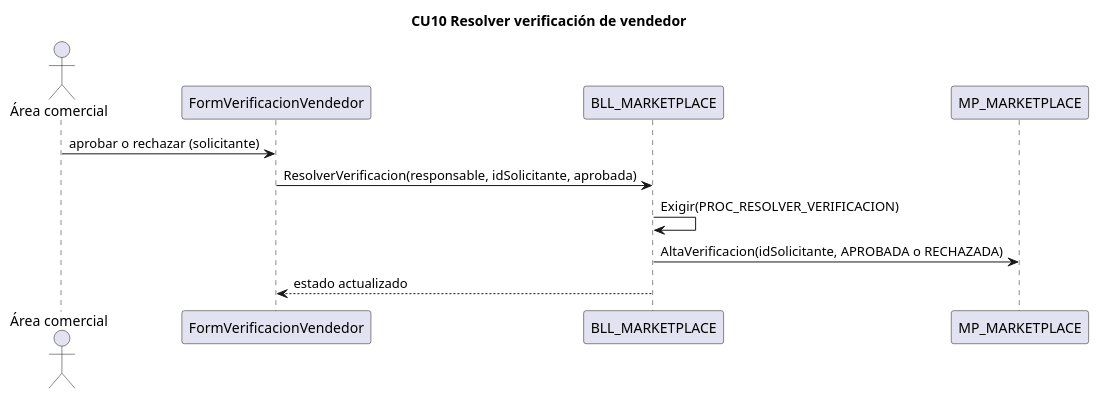
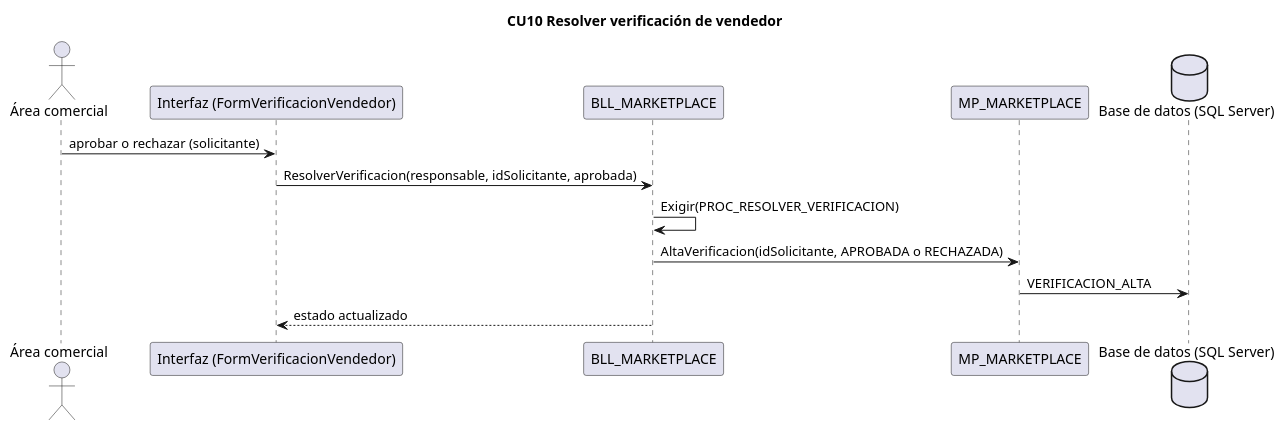
One commit to L-Muniz/uai-diploma_2026 changed the diagram in docs/diagramas/secuencias/CU10_resolver_verificacion.puml. Above: the diagram before and after it, drawn with PlantUML. The commit also changed 36 other files, not shown here.

Commit message:
Docs: secuencias con capa de interfaz y base de datos; imágenes del Word limitadas a la hoja

```diff
--- a/docs/diagramas/secuencias/CU10_resolver_verificacion.puml
+++ b/docs/diagramas/secuencias/CU10_resolver_verificacion.puml
@@ -1,12 +1,14 @@
 @startuml CU10
 title CU10 Resolver verificación de vendedor
 actor "Área comercial" as Area
-participant "FormVerificacionVendedor" as IU
+participant "Interfaz (FormVerificacionVendedor)" as IU
 participant "BLL_MARKETPLACE" as BLL
 participant "MP_MARKETPLACE" as DAL
+database "Base de datos (SQL Server)" as BD
 Area -> IU : aprobar o rechazar (solicitante)
 IU -> BLL : ResolverVerificacion(responsable, idSolicitante, aprobada)
 BLL -> BLL : Exigir(PROC_RESOLVER_VERIFICACION)
 BLL -> DAL : AltaVerificacion(idSolicitante, APROBADA o RECHAZADA)
+DAL -> BD : VERIFICACION_ALTA
 BLL --> IU : estado actualizado
 @enduml
```
